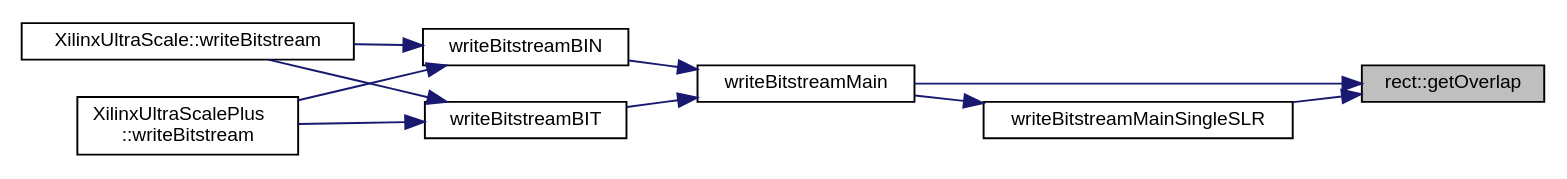
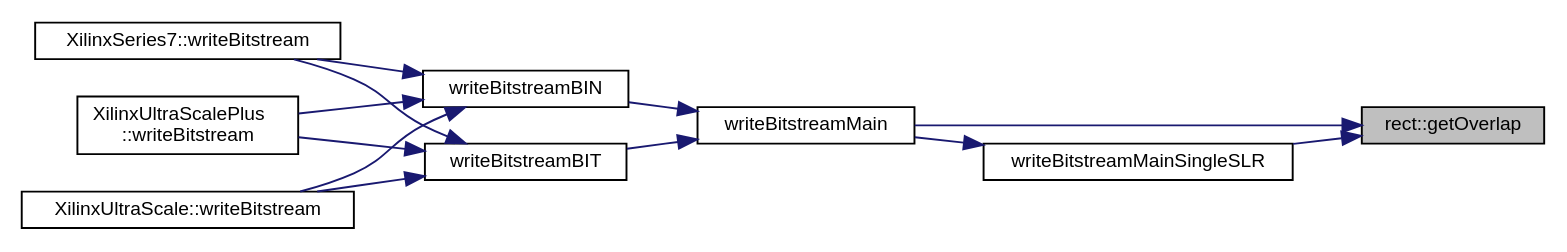
One commit to FPGA-Research-Manchester/byteman changed the diagram in namespacerect_a97b9449bf7fcfe1754ad8383a82995ed_icgraph.dot. Above: the diagram before and after it, drawn with Graphviz. The commit also changed 2360 other files, not shown here.

```diff
--- a/namespacerect_a97b9449bf7fcfe1754ad8383a82995ed_icgraph.dot
+++ b/namespacerect_a97b9449bf7fcfe1754ad8383a82995ed_icgraph.dot
@@ -1,24 +1,27 @@
 digraph "rect::getOverlap"
 {
  // INTERACTIVE_SVG=YES
  // LATEX_PDF_SIZE
   edge [fontname="Helvetica",fontsize="10",labelfontname="Helvetica",labelfontsize="10"];
   node [fontname="Helvetica",fontsize="10",shape=record];
   rankdir="RL";
   Node1 [label="rect::getOverlap",height=0.2,width=0.4,color="black", fillcolor="grey75", style="filled", fontcolor="black",tooltip=" "];
   Node1 -> Node2 [dir="back",color="midnightblue",fontsize="10",style="solid",fontname="Helvetica"];
-  Node2 [label="writeBitstreamMain",height=0.2,width=0.4,color="black", fillcolor="white", style="filled",URL="$XCAP__inline__Output_8h.html#a250a7beb3f145ab072377c264b49cfcd",tooltip=" "];
+  Node2 [label="writeBitstreamMain",height=0.2,width=0.4,color="black", fillcolor="white", style="filled",URL="$inlineOutput_8h.html#a250a7beb3f145ab072377c264b49cfcd",tooltip=" "];
   Node2 -> Node3 [dir="back",color="midnightblue",fontsize="10",style="solid",fontname="Helvetica"];
-  Node3 [label="writeBitstreamBIN",height=0.2,width=0.4,color="black", fillcolor="white", style="filled",URL="$XCAP__inline__Output_8h.html#a39e70cb7cc285893490fa5cf3eb8585b",tooltip=" "];
+  Node3 [label="writeBitstreamBIN",height=0.2,width=0.4,color="black", fillcolor="white", style="filled",URL="$inlineOutput_8h.html#a39e70cb7cc285893490fa5cf3eb8585b",tooltip=" "];
   Node3 -> Node4 [dir="back",color="midnightblue",fontsize="10",style="solid",fontname="Helvetica"];
-  Node4 [label="XilinxUltraScale::writeBitstream",height=0.2,width=0.4,color="black", fillcolor="white", style="filled",URL="$classXilinxUltraScale.html#ae7bdd2bbb29cb3ef06c611605d997287",tooltip=" "];
+  Node4 [label="XilinxSeries7::writeBitstream",height=0.2,width=0.4,color="black", fillcolor="white", style="filled",URL="$classXilinxSeries7.html#a57013b15c1c846d96d7732ad5c0e0201",tooltip=" "];
   Node3 -> Node5 [dir="back",color="midnightblue",fontsize="10",style="solid",fontname="Helvetica"];
   Node5 [label="XilinxUltraScalePlus\l::writeBitstream",height=0.2,width=0.4,color="black", fillcolor="white", style="filled",URL="$classXilinxUltraScalePlus.html#a7f2a7c34766d004adc6f1cfe1bdd62e7",tooltip=" "];
-  Node2 -> Node6 [dir="back",color="midnightblue",fontsize="10",style="solid",fontname="Helvetica"];
-  Node6 [label="writeBitstreamBIT",height=0.2,width=0.4,color="black", fillcolor="white", style="filled",URL="$XCAP__inline__Output_8h.html#a7fb90fced1a719d94263f1c2e812ddb7",tooltip=" "];
-  Node6 -> Node4 [dir="back",color="midnightblue",fontsize="10",style="solid",fontname="Helvetica"];
-  Node6 -> Node5 [dir="back",color="midnightblue",fontsize="10",style="solid",fontname="Helvetica"];
-  Node1 -> Node7 [dir="back",color="midnightblue",fontsize="10",style="solid",fontname="Helvetica"];
-  Node7 [label="writeBitstreamMainSingleSLR",height=0.2,width=0.4,color="black", fillcolor="white", style="filled",URL="$XCAP__inline__Output_8h.html#a27282583d01db3246c1282b0da502e96",tooltip=" "];
-  Node7 -> Node2 [dir="back",color="midnightblue",fontsize="10",style="solid",fontname="Helvetica"];
+  Node3 -> Node6 [dir="back",color="midnightblue",fontsize="10",style="solid",fontname="Helvetica"];
+  Node6 [label="XilinxUltraScale::writeBitstream",height=0.2,width=0.4,color="black", fillcolor="white", style="filled",URL="$classXilinxUltraScale.html#ae7bdd2bbb29cb3ef06c611605d997287",tooltip=" "];
+  Node2 -> Node7 [dir="back",color="midnightblue",fontsize="10",style="solid",fontname="Helvetica"];
+  Node7 [label="writeBitstreamBIT",height=0.2,width=0.4,color="black", fillcolor="white", style="filled",URL="$inlineOutput_8h.html#a7fb90fced1a719d94263f1c2e812ddb7",tooltip=" "];
+  Node7 -> Node4 [dir="back",color="midnightblue",fontsize="10",style="solid",fontname="Helvetica"];
+  Node7 -> Node5 [dir="back",color="midnightblue",fontsize="10",style="solid",fontname="Helvetica"];
+  Node7 -> Node6 [dir="back",color="midnightblue",fontsize="10",style="solid",fontname="Helvetica"];
+  Node1 -> Node8 [dir="back",color="midnightblue",fontsize="10",style="solid",fontname="Helvetica"];
+  Node8 [label="writeBitstreamMainSingleSLR",height=0.2,width=0.4,color="black", fillcolor="white", style="filled",URL="$inlineOutput_8h.html#a27282583d01db3246c1282b0da502e96",tooltip=" "];
+  Node8 -> Node2 [dir="back",color="midnightblue",fontsize="10",style="solid",fontname="Helvetica"];
 }
```
